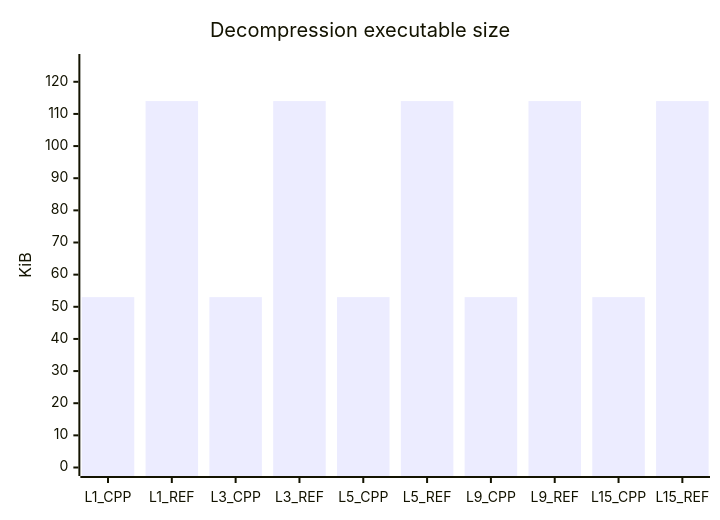
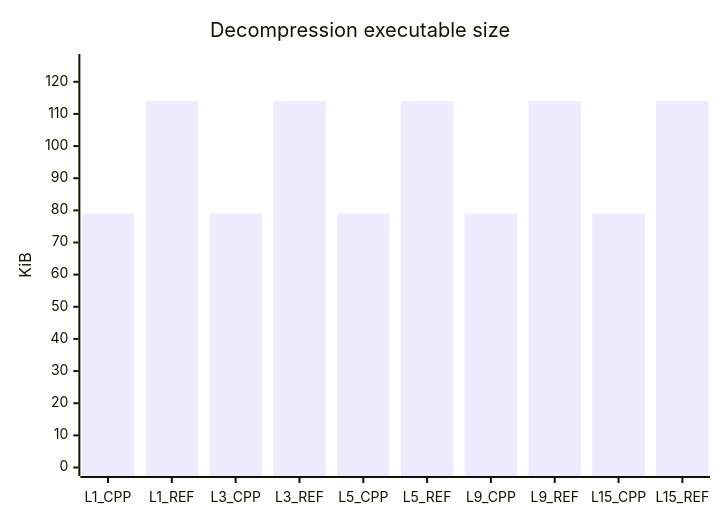
One commit to mheyman/zstdpp changed the seventh of 7 diagrams in README.md. Above: the diagram before and after it, drawn with Mermaid. The commit also changed other lines of this file, not shown here.

````diff
--- a/README.md
+++ b/README.md
@@ -167,7 +176,7 @@
 ```mermaid
 xychart-beta
     title "Decompression executable size"
     x-axis [L1_CPP, L1_REF, L3_CPP, L3_REF, L5_CPP, L5_REF, L9_CPP, L9_REF, L15_CPP, L15_REF]
     y-axis "KiB" 0 --> 126
-    bar [53, 114, 53, 114, 53, 114, 53, 114, 53, 114]
+    bar [79, 114, 79, 114, 79, 114, 79, 114, 79, 114]
 ```
````
